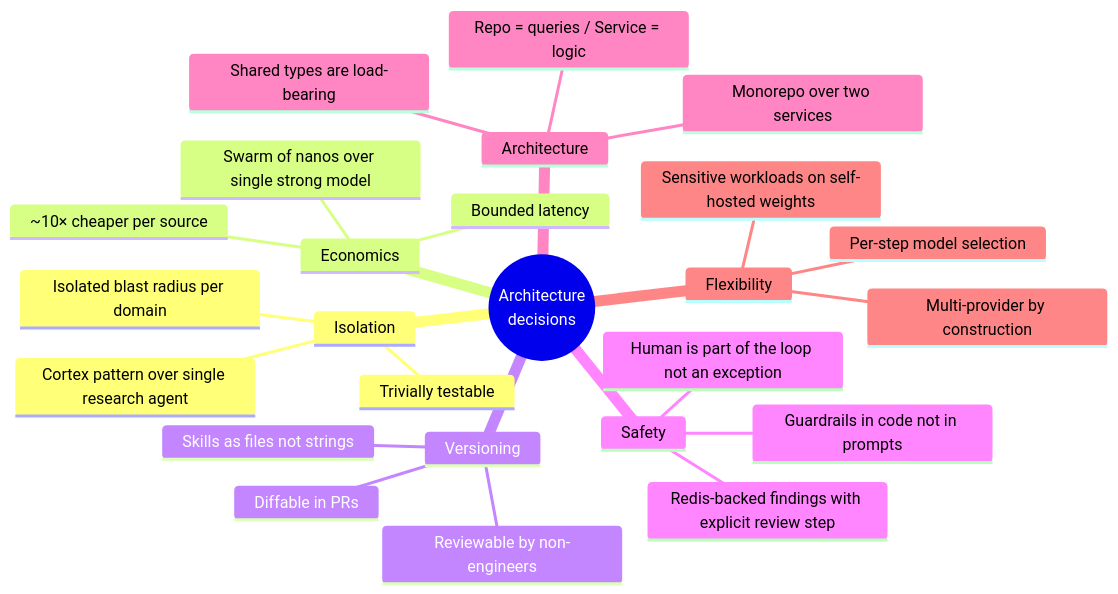
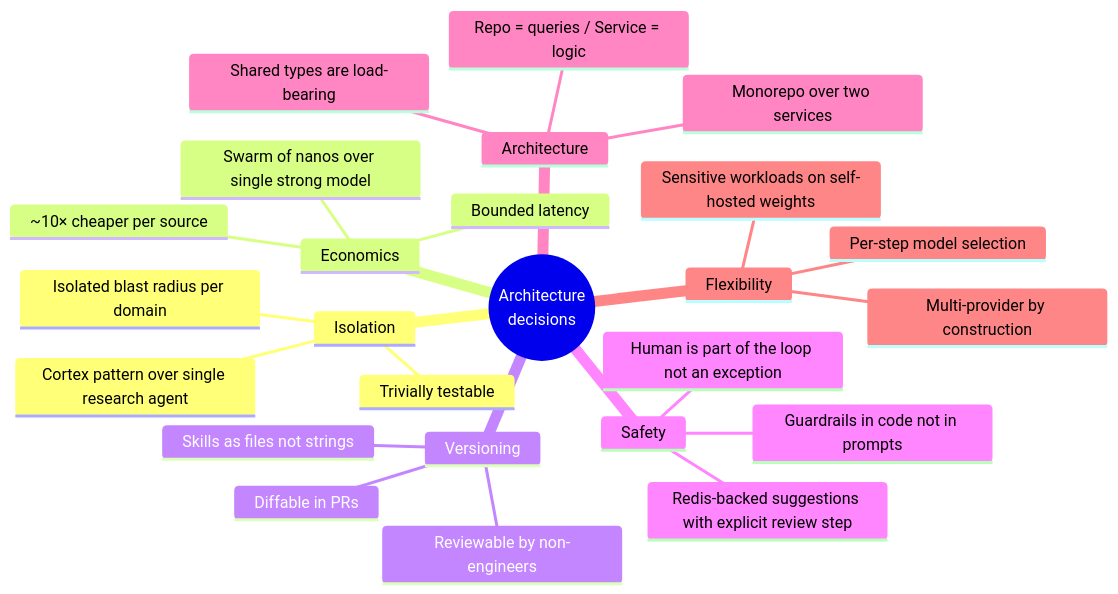
The diagram in docs/specs/architecture/figures/10-design-mindmap.mmd (jeremienunez/thalamus-usecase-ssa-), drawn with Mermaid before and after one commit. The commit also changed 68 other files, not shown here.

Commit message:
docs: refresh architecture specs and PDFs

```diff
--- a/docs/specs/architecture/figures/10-design-mindmap.mmd
+++ b/docs/specs/architecture/figures/10-design-mindmap.mmd
@@ -1,26 +1,26 @@
 mindmap
     root((Architecture<br/>decisions))
         Isolation
             Cortex pattern over single research agent
             Isolated blast radius per domain
             Trivially testable
         Economics
             Swarm of nanos over single strong model
             ~10× cheaper per source
             Bounded latency
         Versioning
             Skills as files not strings
             Diffable in PRs
             Reviewable by non-engineers
         Safety
-            Redis-backed findings with explicit review step
+            Redis-backed suggestions with explicit review step
             Human is part of the loop not an exception
             Guardrails in code not in prompts
         Architecture
             Repo = queries / Service = logic
             Monorepo over two services
             Shared types are load-bearing
         Flexibility
             Multi-provider by construction
             Per-step model selection
             Sensitive workloads on self-hosted weights
```
